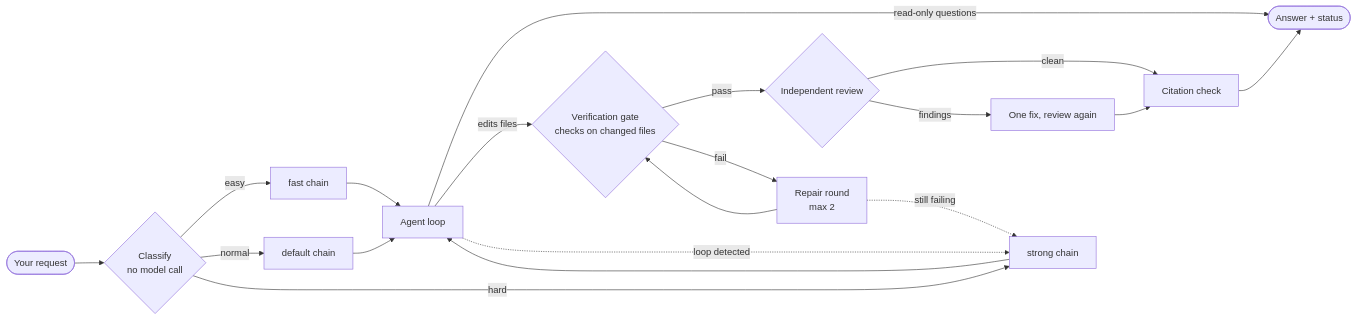
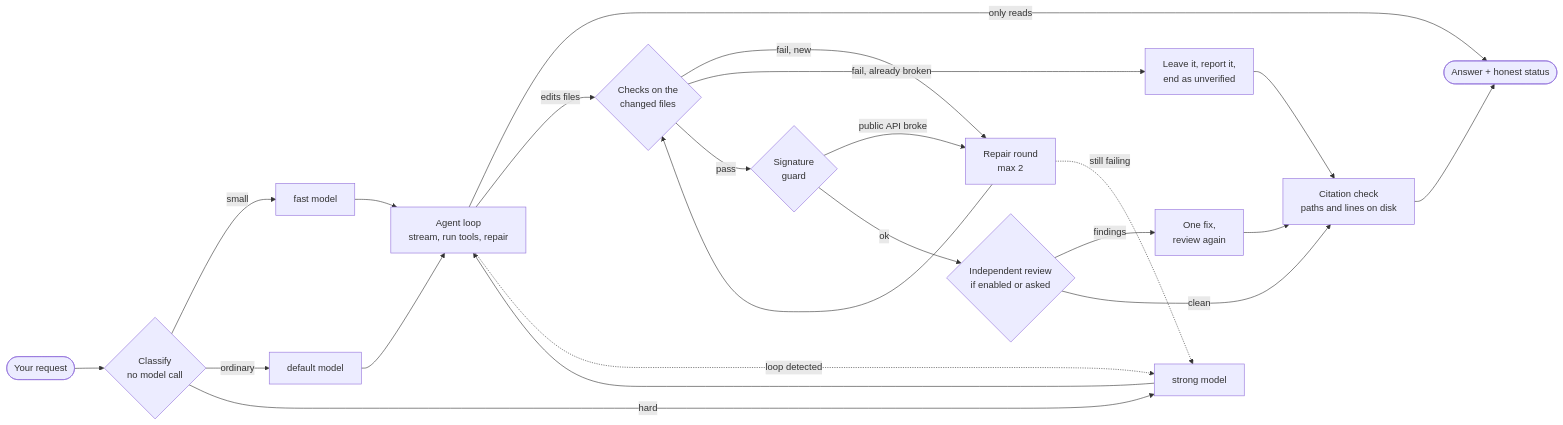
Before and after one commit to Adityaadpandey/melon-harness: the first of 10 diagrams in README.md, drawn with Mermaid. The commit also changed other lines of this file, not shown here.

Commit message:
README: rewrite around checked work, add the MiniMax M3 vs Sonnet 5.5 webhook round and diagrams for the flow, verify, review, context, memory, routing and safety

````diff
--- a/README.md
+++ b/README.md
@@ -320,19 +109,23 @@
 ```mermaid
 flowchart LR
-    A([Your request]) --> B{Classify<br/>no model call}
-    B -->|easy| F[fast chain]
-    B -->|normal| D[default chain]
-    B -->|hard| S[strong chain]
-    F & D & S --> L[Agent loop]
-    L -->|read-only questions| ANS
-    L -->|edits files| V{Verification gate<br/>checks on changed files}
-    V -->|pass| R{Independent review}
-    V -->|fail| P[Repair round<br/>max 2]
-    P --> V
-    R -->|clean| G[Citation check]
-    R -->|findings| P2[One fix, review again]
-    P2 --> G
-    G --> ANS([Answer + status])
+    A([Your request]) --> B{"Classify<br/>no model call"}
+    B -->|small| F[fast model]
+    B -->|ordinary| D[default model]
+    B -->|hard| S[strong model]
+    F & D & S --> L["Agent loop<br/>stream, run tools, repair"]
+    L -->|only reads| ANS
+    L -->|edits files| V{"Checks on the<br/>changed files"}
+    V -->|fail, new| R1["Repair round<br/>max 2"]
+    R1 --> V
+    V -->|fail, already broken| NOTE["Leave it, report it,<br/>end as unverified"]
+    V -->|pass| SG{"Signature<br/>guard"}
+    SG -->|public API broke| R1
+    SG -->|ok| RV{"Independent review<br/>if enabled or asked"}
+    RV -->|findings| R2["One fix,<br/>review again"]
+    R2 --> G
+    RV -->|clean| G["Citation check<br/>paths and lines on disk"]
+    NOTE --> G
+    G --> ANS([Answer + honest status])
     L -. loop detected .-> S
-    P -. still failing .-> S
+    R1 -. still failing .-> S
 ```
````
